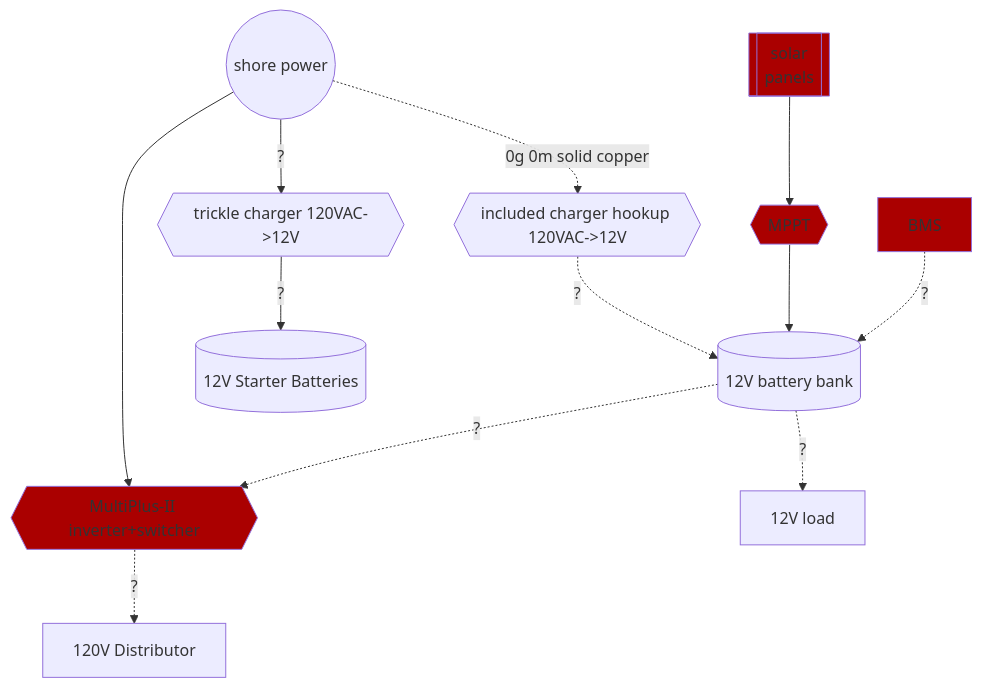
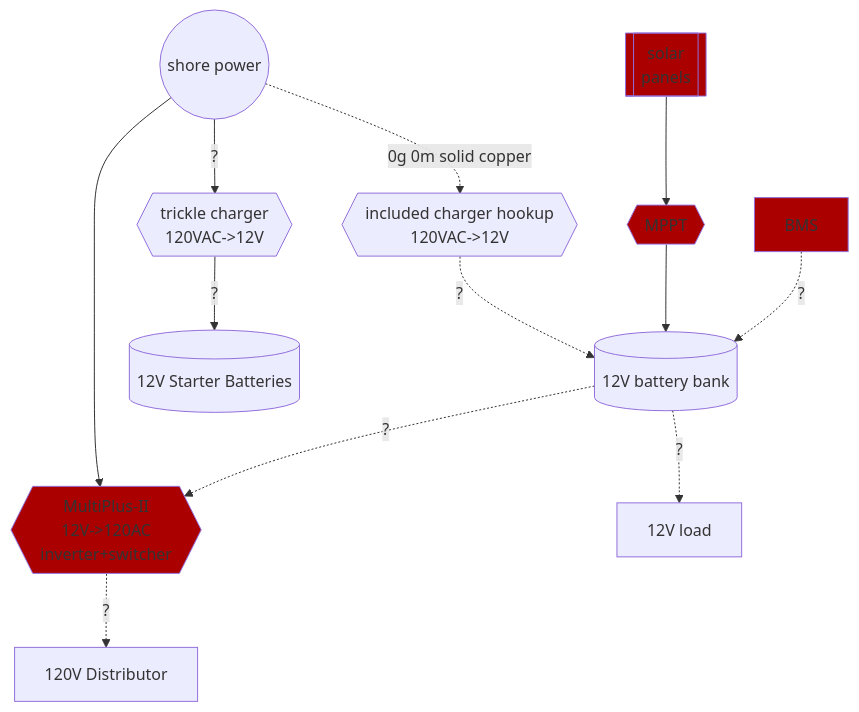
Before and after one commit to 7yl4r/bbbb: the diagram in electrical/README.md, drawn with Mermaid.

````diff
--- a/electrical/README.md
+++ b/electrical/README.md
@@ -4,33 +4,33 @@
 ```mermaid
 graph TD
 
 classDef todo fill:#a00
 
 SHORE((shore power))  
 BATT[(12V battery bank)]
-INVERT{{MultiPlus-II inverter+switcher}}
+INVERT{{MultiPlus-II \n 12V->120AC \n inverter+switcher}}
 SOLAR[[solar \n panels]]:::todo
 BMS:::todo
-T1{{included charger hookup 120VAC->12V}}
-T2{{trickle charger 120VAC->12V}} 
+T1{{included charger hookup \n 120VAC->12V}}
+T2{{trickle charger \n 120VAC->12V}} 
 LOAD120[120V Distributor]
 MPPT{{MPPT}}:::todo
 
 SHORE -.0g 0m solid copper.-> T1 -.?.->BATT
 SHORE --> INVERT:::todo
 SHORE --?--> T2 --?--> BATT2
 
 BATT
   -.?.->INVERT:::todo
 BATT
   -.?.->LOAD12[12V load]
 
 BATT2[(12V Starter Batteries)]
 
 INVERT-.?.->LOAD120
 
 SOLAR-->MPPT-->BATT
 
 BMS  -.?.->BATT
   
 ```
````
